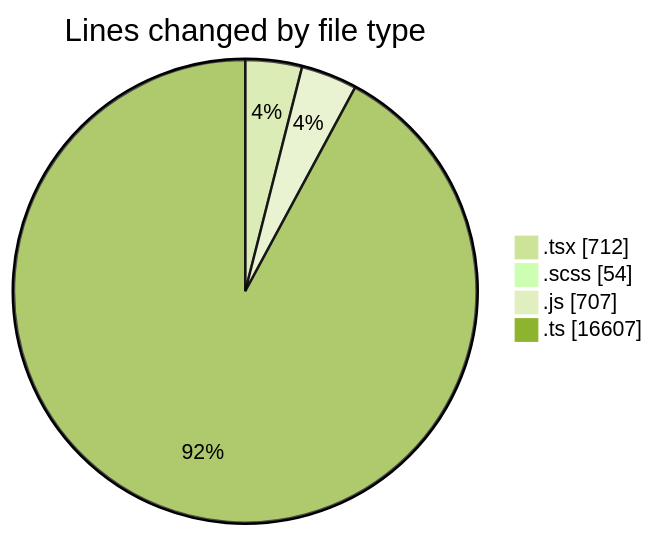
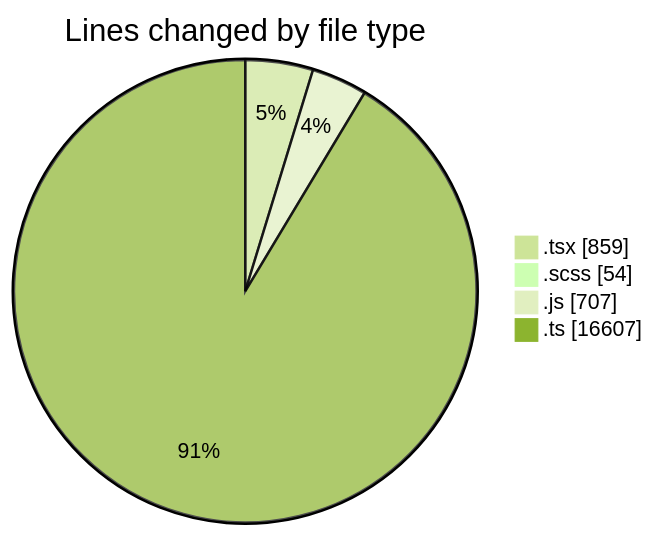
Before and after one commit to momahboobian/code-tracking: the first of 2 diagrams in 2026-07-21/cda/README.md, drawn with Mermaid (forest theme). The commit also changed other lines of this file and 1 other file, not shown here.

````diff
--- a/2026-07-21/cda/README.md
+++ b/2026-07-21/cda/README.md
@@ -35,8 +36,8 @@
 ```mermaid
 pie showData
 title Lines changed by file type
-".tsx" : 712
+".tsx" : 859
 ".scss" : 54
 ".js" : 707
 ".ts" : 16607
 ```
````
